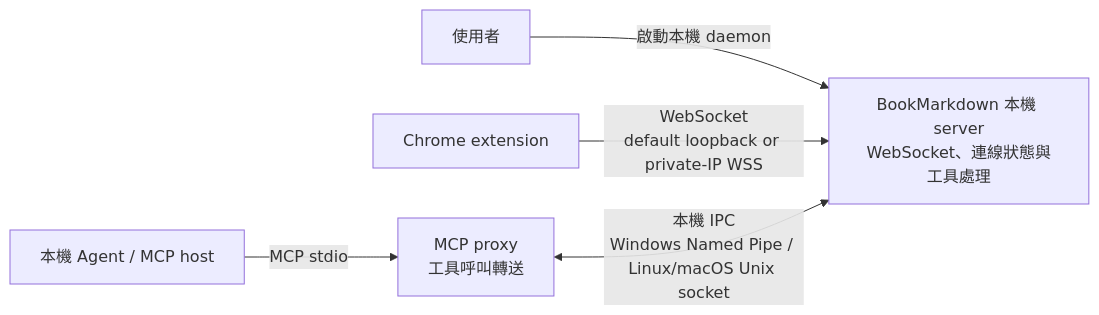
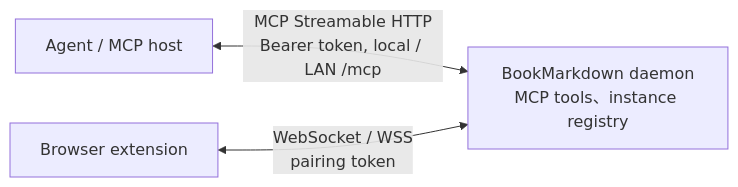
Before and after one commit to bookmarkdown/mcp-server: the diagram in docs/architecture.md, drawn with Mermaid. The commit also changed other lines of this file and 161 other files, not shown here.

First line of the commit message:
feat: release Streamable HTTP daemon and local settings in 0.4.0 (#12)

````diff
--- a/docs/architecture.md
+++ b/docs/architecture.md
@@ -14,7 +10,5 @@
 ```mermaid
 flowchart LR
-    U["使用者"] -->|"啟動本機 daemon"| D["BookMarkdown 本機 server<br/>WebSocket、連線狀態與工具處理"]
-    C["Chrome extension"] -->|"WebSocket<br/>default loopback or private-IP WSS"| D
-    A["本機 Agent / MCP host"] -->|"MCP stdio"| P["MCP proxy<br/>工具呼叫轉送"]
-    P <-->|"本機 IPC<br/>Windows Named Pipe / Linux/macOS Unix socket"| D
+    A["Agent / MCP host"] <-->|"MCP Streamable HTTP<br/>Bearer token, local / LAN /mcp"| D["BookMarkdown daemon<br/>MCP tools、instance registry"]
+    C["Browser extension"] <-->|"WebSocket / WSS<br/>pairing token"| D
 ```
````
